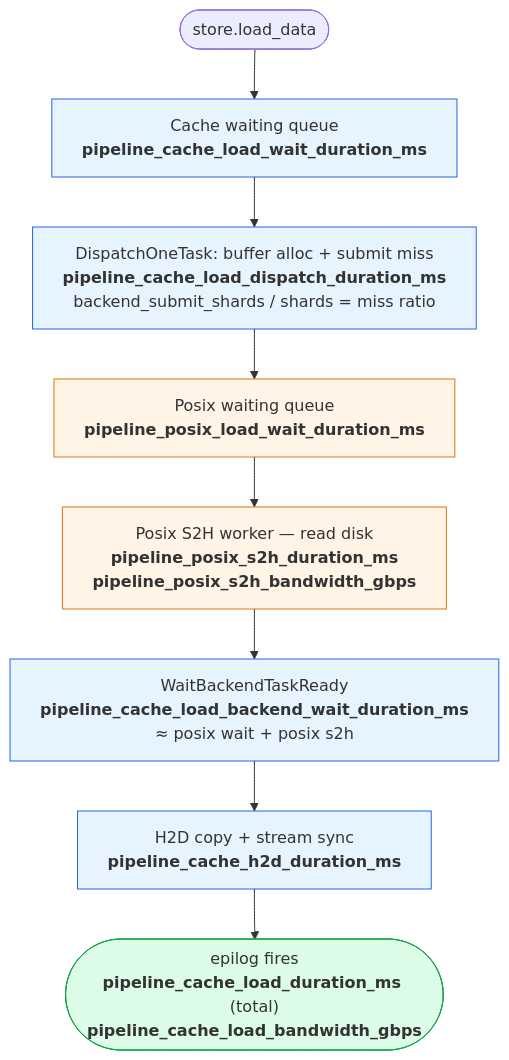
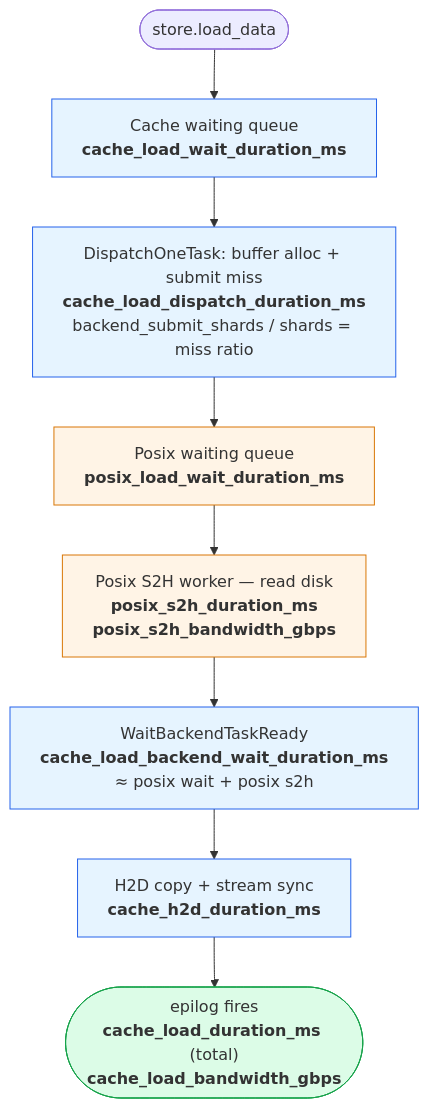
The second of 4 diagrams in docs/source/user-guide/metrics/performance_analysis.md (ModelEngine-Group/unified-cache-management), drawn with Mermaid before and after one commit. The commit also changed other lines of this file and 7 other files, not shown here.

````diff
--- a/docs/source/user-guide/metrics/performance_analysis.md
+++ b/docs/source/user-guide/metrics/performance_analysis.md
@@ -39,18 +39,18 @@
 ```mermaid
 flowchart TD
     A(["store.load_data"])
-    B["Cache waiting queue<br/><b>pipeline_cache_load_wait_duration_ms</b>"]
-    C["DispatchOneTask: buffer alloc + submit miss<br/><b>pipeline_cache_load_dispatch_duration_ms</b><br/>backend_submit_shards / shards = miss ratio"]
-    D["Posix waiting queue<br/><b>pipeline_posix_load_wait_duration_ms</b>"]
-    E["Posix S2H worker — read disk<br/><b>pipeline_posix_s2h_duration_ms</b><br/><b>pipeline_posix_s2h_bandwidth_gbps</b>"]
-    F["WaitBackendTaskReady<br/><b>pipeline_cache_load_backend_wait_duration_ms</b><br/>≈ posix wait + posix s2h"]
-    G["H2D copy + stream sync<br/><b>pipeline_cache_h2d_duration_ms</b>"]
-    H(["epilog fires<br/><b>pipeline_cache_load_duration_ms</b> (total)<br/><b>pipeline_cache_load_bandwidth_gbps</b>"])
+    B["Cache waiting queue<br/><b>cache_load_wait_duration_ms</b>"]
+    C["DispatchOneTask: buffer alloc + submit miss<br/><b>cache_load_dispatch_duration_ms</b><br/>backend_submit_shards / shards = miss ratio"]
+    D["Posix waiting queue<br/><b>posix_load_wait_duration_ms</b>"]
+    E["Posix S2H worker — read disk<br/><b>posix_s2h_duration_ms</b><br/><b>posix_s2h_bandwidth_gbps</b>"]
+    F["WaitBackendTaskReady<br/><b>cache_load_backend_wait_duration_ms</b><br/>≈ posix wait + posix s2h"]
+    G["H2D copy + stream sync<br/><b>cache_h2d_duration_ms</b>"]
+    H(["epilog fires<br/><b>cache_load_duration_ms</b> (total)<br/><b>cache_load_bandwidth_gbps</b>"])
     A --> B --> C --> D --> E --> F --> G --> H
     classDef posix fill:#fff4e6,stroke:#d97706
     classDef cache fill:#e6f4ff,stroke:#2563eb
     classDef done fill:#dcfce7,stroke:#16a34a
     class B,C,F,G cache
     class D,E posix
     class H done
 ```
````
